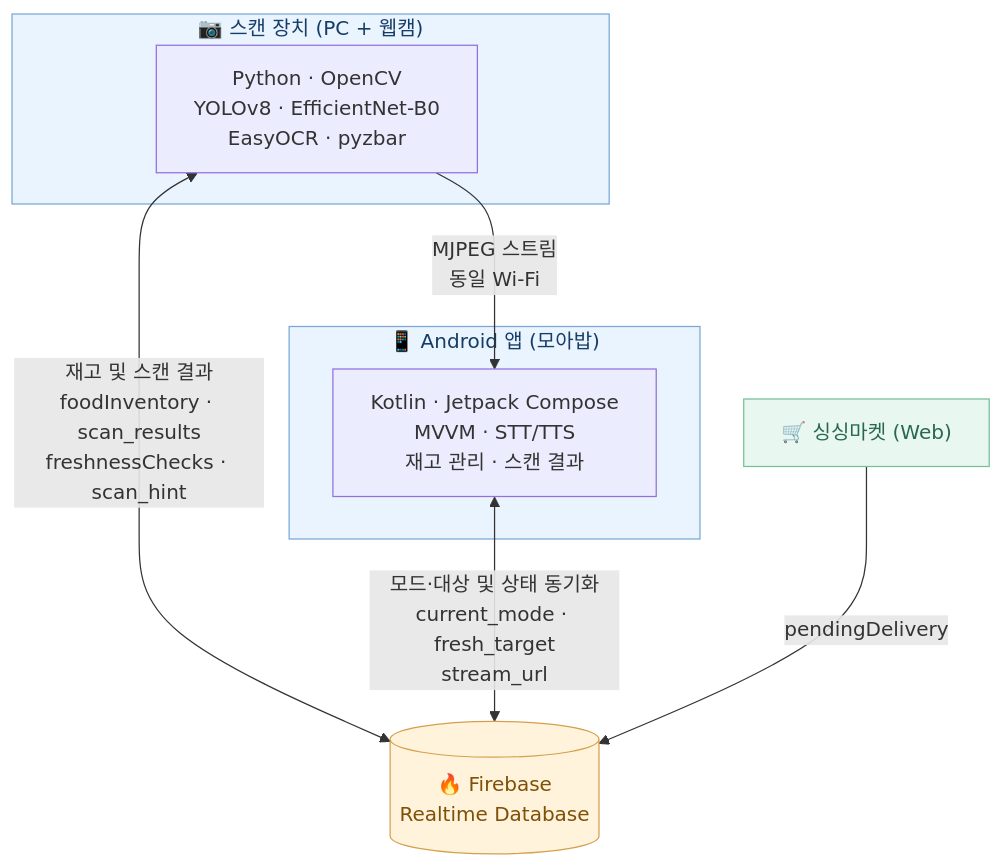
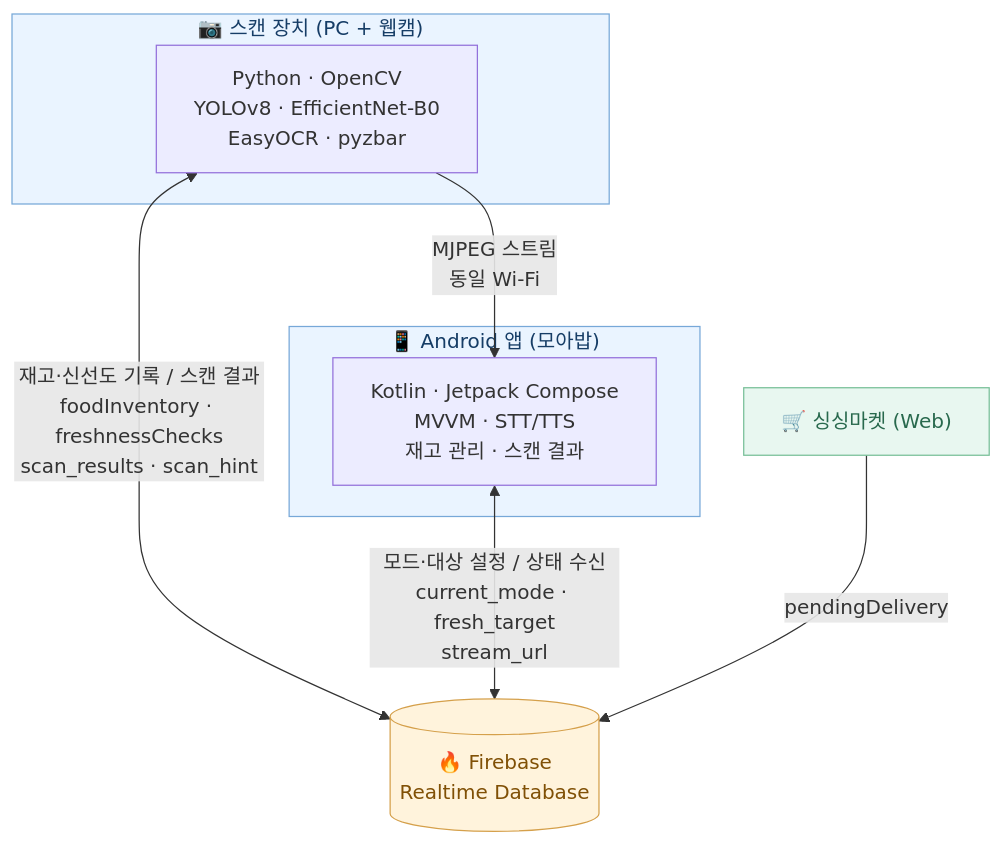
One commit to yedamimi/MoA-BoB changed the diagram in README.md. Above: the diagram before and after it, drawn with Mermaid. The commit also changed other lines of this file, not shown here.

````diff
--- a/README.md
+++ b/README.md
@@ -132,26 +156,26 @@
 ```mermaid
 flowchart TB
     subgraph DEVICE["📷 스캔 장치 (PC + 웹캠)"]
         SCAN["Python · OpenCV<br/>YOLOv8 · EfficientNet-B0<br/>EasyOCR · pyzbar"]
     end
 
     subgraph APP["📱 Android 앱 (모아밥)"]
         ANDROID["Kotlin · Jetpack Compose<br/>MVVM · STT/TTS<br/>재고 관리 · 스캔 결과"]
     end
 
     DB[("🔥 Firebase<br/>Realtime Database")]
     MARKET["🛒 싱싱마켓 (Web)"]
 
     SCAN -->|"MJPEG 스트림<br/>동일 Wi-Fi"| ANDROID
 
-    SCAN <-->|"재고 및 스캔 결과<br/>foodInventory · scan_results<br/>freshnessChecks · scan_hint"| DB
+    SCAN <-->|"재고·신선도 기록 / 스캔 결과<br/>foodInventory · freshnessChecks<br/>scan_results · scan_hint"| DB
 
-    ANDROID <-->|"모드·대상 및 상태 동기화<br/>current_mode · fresh_target<br/>stream_url"| DB
+    ANDROID <-->|"모드·대상 설정 / 상태 수신<br/>current_mode · fresh_target<br/>stream_url"| DB
 
     MARKET -->|"pendingDelivery"| DB
 
     style DEVICE fill:#EAF4FF,stroke:#77A8D8,color:#163D66
     style APP fill:#EAF4FF,stroke:#77A8D8,color:#163D66
     style DB fill:#FFF3DC,stroke:#D5A04B,color:#805006
     style MARKET fill:#E8F7F0,stroke:#77BF98,color:#28694D
 ```
````
